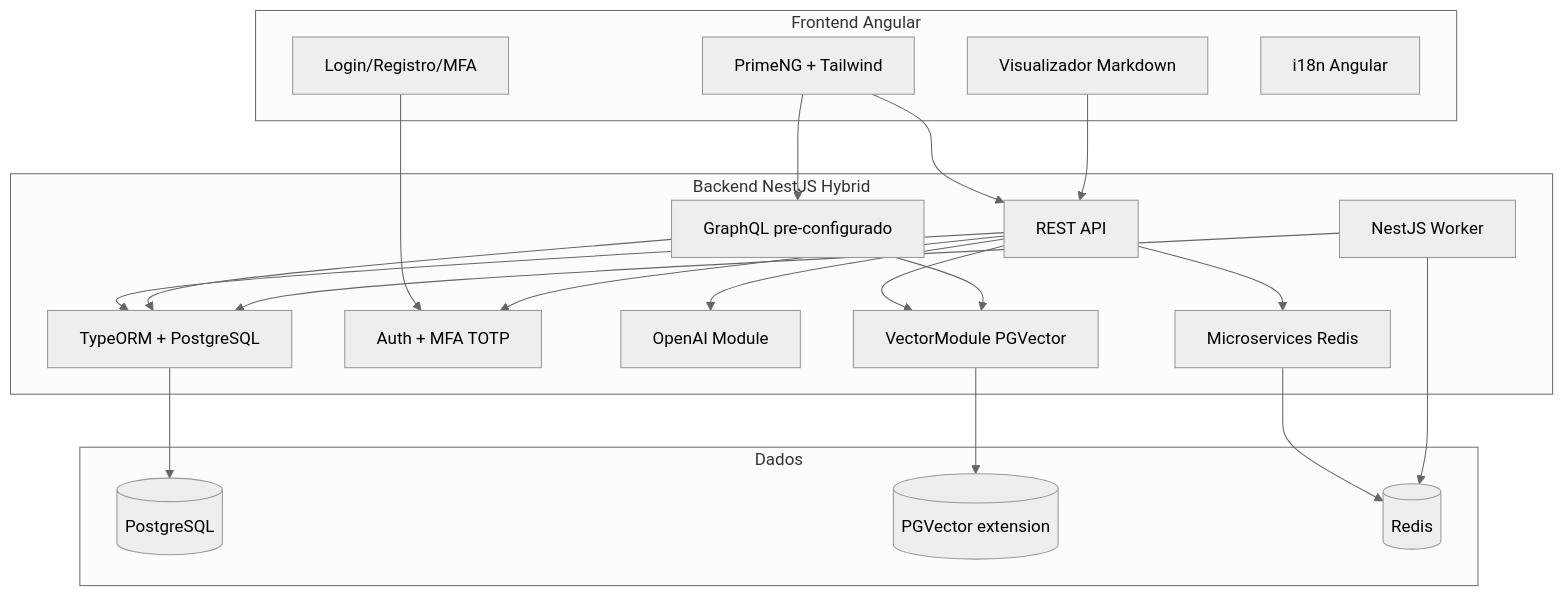
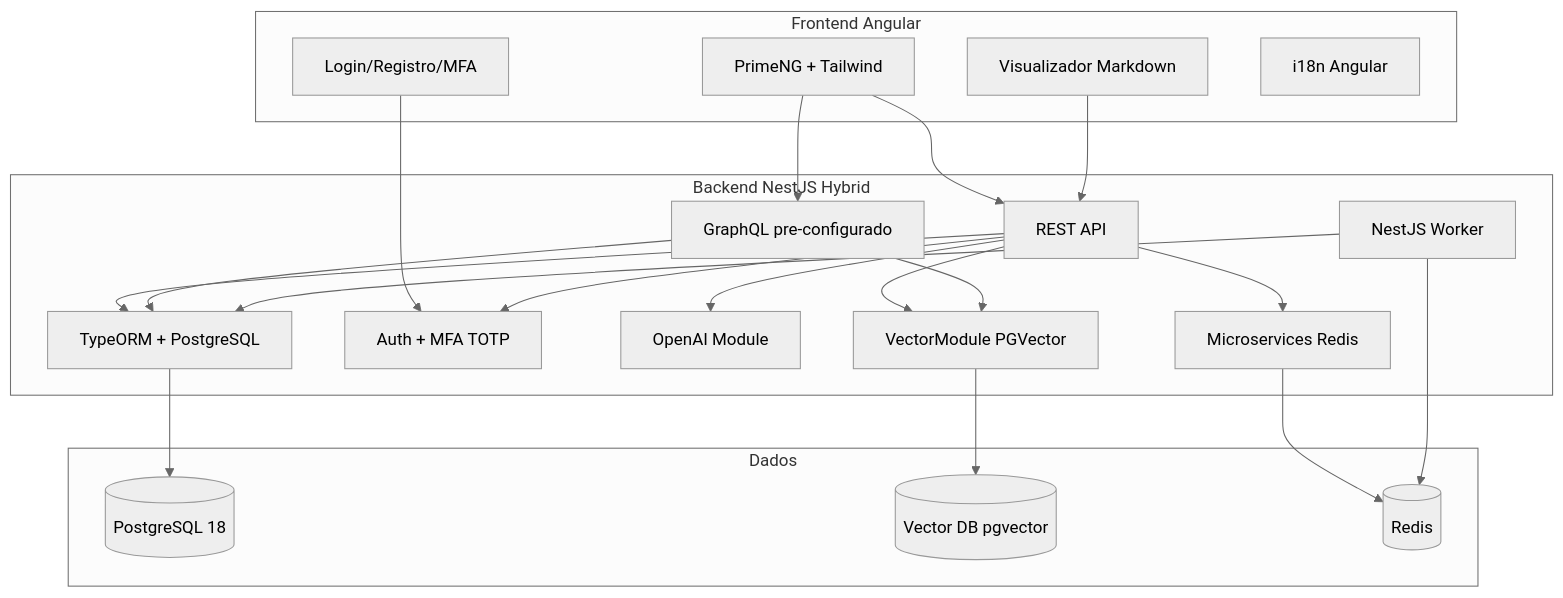
One commit to Yuri-Lima/UltimaForma changed the first of 2 diagrams in docs/IMPLEMENTATION_PLAN.md. Above: the diagram before and after it, drawn with Mermaid (neutral theme). The commit also changed other lines of this file and 11 other files, not shown here.

````diff
--- a/docs/IMPLEMENTATION_PLAN.md
+++ b/docs/IMPLEMENTATION_PLAN.md
@@ -20,43 +20,43 @@
 ```mermaid
 flowchart TB
     subgraph frontend [Frontend Angular]
         UI[PrimeNG + Tailwind]
         AuthUI[Login/Registro/MFA]
         Docs[Visualizador Markdown]
         i18n[i18n Angular]
     end
 
     subgraph backend [Backend NestJS Hybrid]
         REST[REST API]
         GQL[GraphQL pre-configurado]
         MS[Microservices Redis]
         Worker[NestJS Worker]
         Auth[Auth + MFA TOTP]
         OpenAI[OpenAI Module]
         DB[TypeORM + PostgreSQL]
         Vec[VectorModule PGVector]
     end
 
     subgraph data [Dados]
-        PG[(PostgreSQL)]
-        PGVec[(PGVector extension)]
+        PG[(PostgreSQL 18)]
+        VectorDB[(Vector DB pgvector)]
         Redis[(Redis)]
     end
 
     UI --> REST
     UI --> GQL
     AuthUI --> Auth
     Docs --> REST
     REST --> Auth
     REST --> OpenAI
     REST --> DB
     REST --> Vec
     REST --> MS
     GQL --> DB
     GQL --> Vec
     MS --> Redis
     Worker --> Redis
     Worker --> DB
     DB --> PG
-    Vec --> PGVec
+    Vec --> VectorDB
 ```
````
